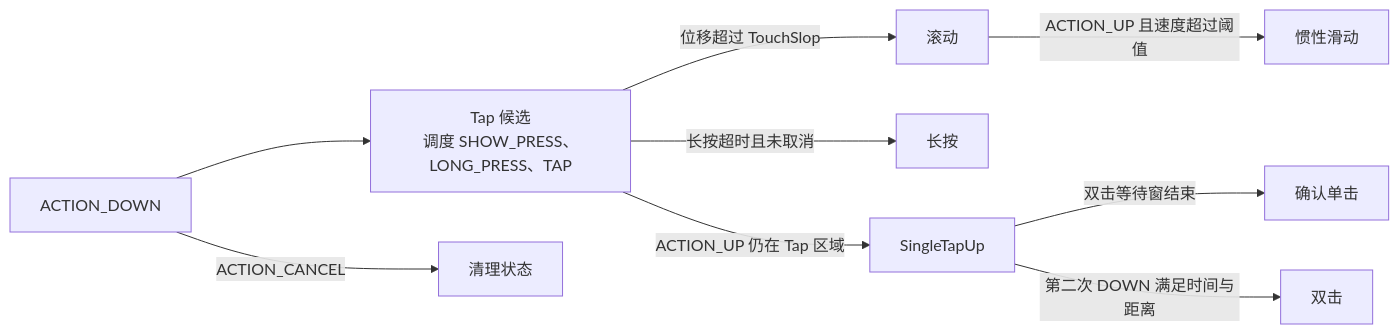
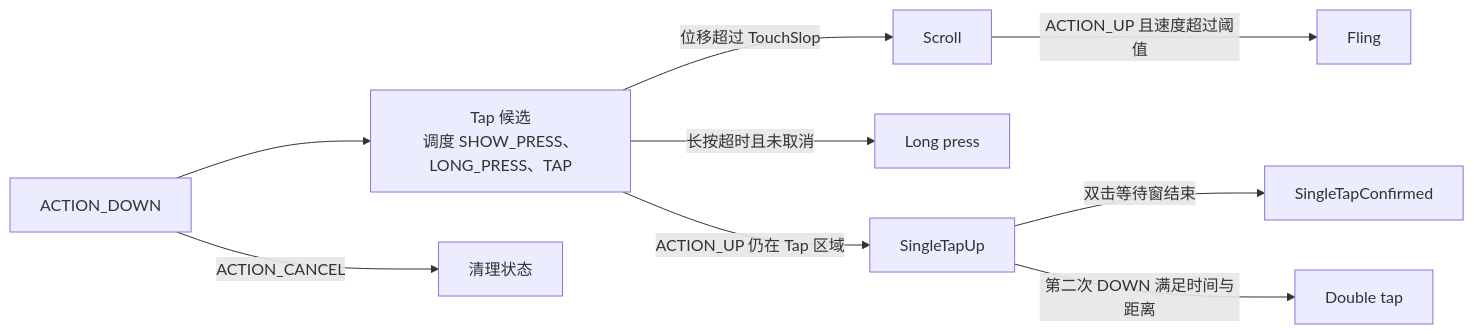
The diagram in src/part1-fundamentals/ch03-input/06-gesture-recognition-performance.md (Gracker/android-internals-wiki), drawn with Mermaid before and after one commit. The commit also changed other lines of this file and 3 other files, not shown here.

````diff
--- a/src/part1-fundamentals/ch03-input/06-gesture-recognition-performance.md
+++ b/src/part1-fundamentals/ch03-input/06-gesture-recognition-performance.md
@@ -187,11 +187,11 @@
 ```mermaid
 flowchart LR
     A["ACTION_DOWN"] --> B["Tap 候选<br/>调度 SHOW_PRESS、LONG_PRESS、TAP"]
-    B -->|"位移超过 TouchSlop"| C["滚动"]
-    B -->|"长按超时且未取消"| D["长按"]
+    B -->|"位移超过 TouchSlop"| C["Scroll"]
+    B -->|"长按超时且未取消"| D["Long press"]
     B -->|"ACTION_UP 仍在 Tap 区域"| E["SingleTapUp"]
-    E -->|"双击等待窗结束"| F["确认单击"]
-    E -->|"第二次 DOWN 满足时间与距离"| G["双击"]
-    C -->|"ACTION_UP 且速度超过阈值"| H["惯性滑动"]
+    E -->|"双击等待窗结束"| F["SingleTapConfirmed"]
+    E -->|"第二次 DOWN 满足时间与距离"| G["Double tap"]
+    C -->|"ACTION_UP 且速度超过阈值"| H["Fling"]
     A -->|"ACTION_CANCEL"| I["清理状态"]
 ```
````
